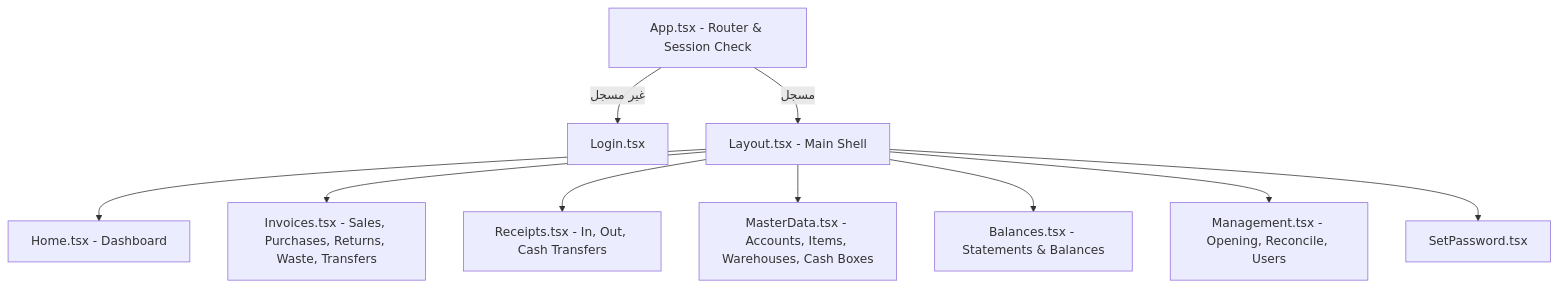
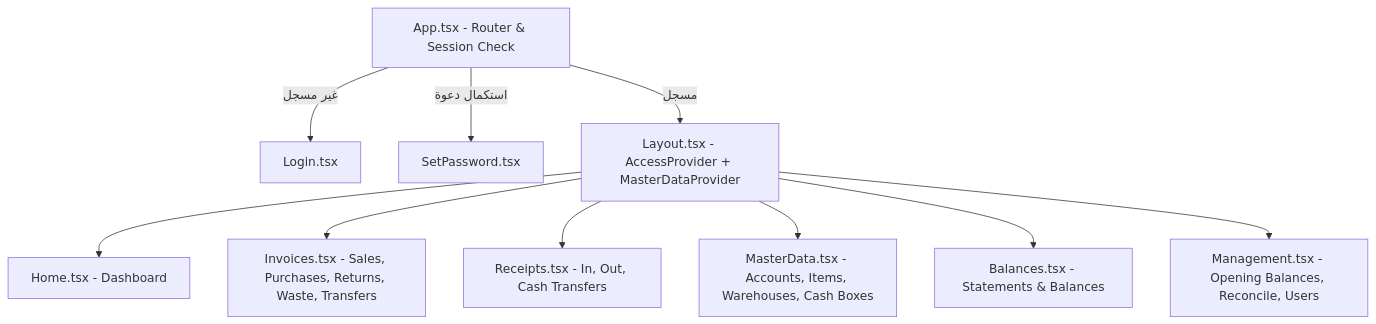
One commit to xCaproX/MaksabPlus changed the diagram in docs/architecture/FRONTEND_UI.md. Above: the diagram before and after it, drawn with Mermaid. The commit also changed other lines of this file and 6 other files, not shown here.

Commit message:
docs: sync README and architecture docs with migrations 0074-0080 and current UI/schema

````diff
--- a/docs/architecture/FRONTEND_UI.md
+++ b/docs/architecture/FRONTEND_UI.md
@@ -9,23 +9,23 @@
 ```mermaid
 flowchart TD
     App[App.tsx - Router & Session Check]
     Login[Login.tsx]
-    Layout[Layout.tsx - Main Shell]
+    SetPassword[SetPassword.tsx]
+    Layout[Layout.tsx - AccessProvider + MasterDataProvider]
     Home[Home.tsx - Dashboard]
     Invoices[Invoices.tsx - Sales, Purchases, Returns, Waste, Transfers]
     Receipts[Receipts.tsx - In, Out, Cash Transfers]
     MasterData[MasterData.tsx - Accounts, Items, Warehouses, Cash Boxes]
     Balances[Balances.tsx - Statements & Balances]
-    Management[Management.tsx - Opening, Reconcile, Users]
-    SetPassword[SetPassword.tsx]
+    Management[Management.tsx - Opening Balances, Reconcile, Users]
 
     App -->|غير مسجل| Login
+    App -->|استكمال دعوة| SetPassword
     App -->|مسجل| Layout
     Layout --> Home
     Layout --> Invoices
     Layout --> Receipts
     Layout --> MasterData
     Layout --> Balances
     Layout --> Management
-    Layout --> SetPassword
 ```
````
